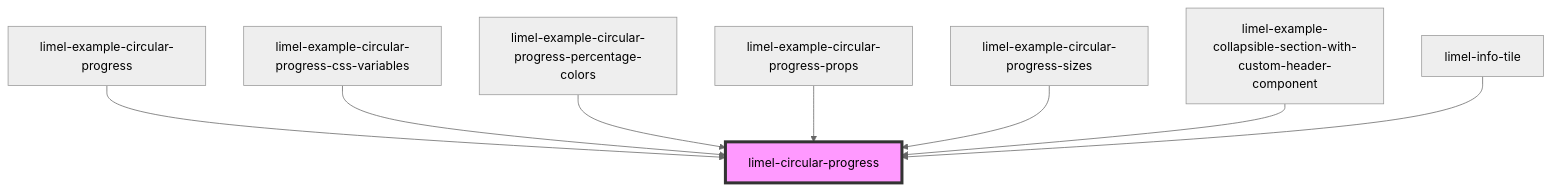
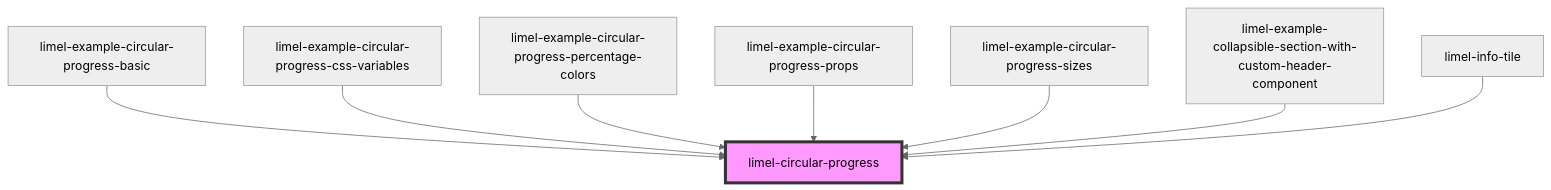
One commit to Lundalogik/lime-elements changed the diagram in versions/PR-3981/markdown-docs/components/circular-progress/readme.md. Above: the diagram before and after it, drawn with Mermaid (neutral theme). The commit also changed other lines of this file and 211 other files, not shown here.

````diff
--- a/versions/PR-3981/markdown-docs/components/circular-progress/readme.md
+++ b/versions/PR-3981/markdown-docs/components/circular-progress/readme.md
@@ -49,11 +49,11 @@
 ```mermaid
 graph TD;
-  limel-example-circular-progress --> limel-circular-progress
+  limel-example-circular-progress-basic --> limel-circular-progress
   limel-example-circular-progress-css-variables --> limel-circular-progress
   limel-example-circular-progress-percentage-colors --> limel-circular-progress
   limel-example-circular-progress-props --> limel-circular-progress
   limel-example-circular-progress-sizes --> limel-circular-progress
   limel-example-collapsible-section-with-custom-header-component --> limel-circular-progress
   limel-info-tile --> limel-circular-progress
   style limel-circular-progress fill:#f9f,stroke:#333,stroke-width:4px
 ```
````
